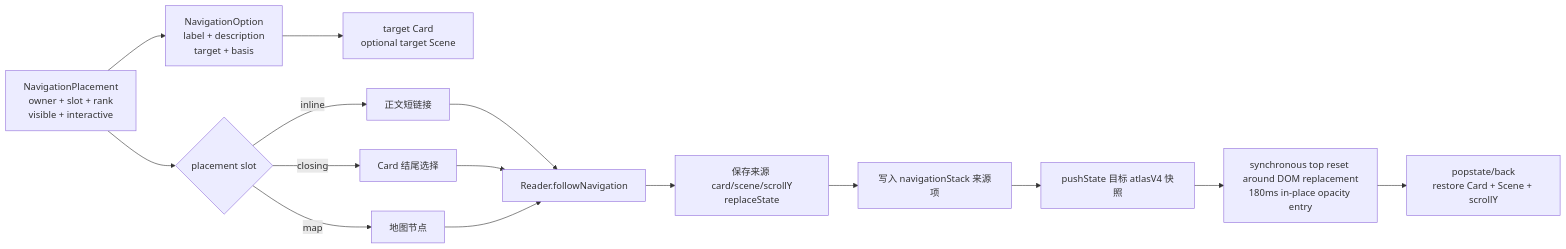
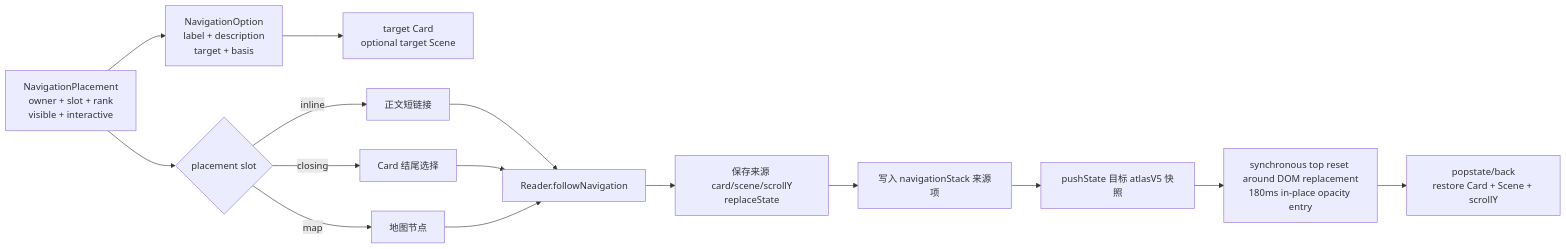
Before and after one commit to jiaxun-li/civilization-wander: the fourth of 4 diagrams in docs/ARCHITECTURE_AND_DATA_MODEL.md, drawn with Mermaid. The commit also changed other lines of this file and 48 other files, not shown here.

````diff
--- a/docs/ARCHITECTURE_AND_DATA_MODEL.md
+++ b/docs/ARCHITECTURE_AND_DATA_MODEL.md
@@ -295,17 +298,17 @@
 ```mermaid
 flowchart LR
     P["NavigationPlacement\nowner + slot + rank\nvisible + interactive"] --> O["NavigationOption\nlabel + description\ntarget + basis"]
     O --> T["target Card\noptional target Scene"]
     P --> UI{"placement slot"}
     UI -->|inline| L["正文短链接"]
     UI -->|closing| CL["Card 结尾选择"]
     UI -->|map| MN["地图节点"]
     L --> F["Reader.followNavigation"]
     CL --> F
     MN --> F
     F --> S["保存来源 card/scene/scrollY\nreplaceState"]
     S --> NS["写入 navigationStack 来源项"]
-    NS --> PS["pushState 目标 atlasV4 快照"]
+    NS --> PS["pushState 目标 atlasV5 快照"]
     PS --> RC["synchronous top reset around DOM replacement\n180ms in-place opacity entry"]
     RC --> B["popstate/back\nrestore Card + Scene + scrollY"]
 ```
````
